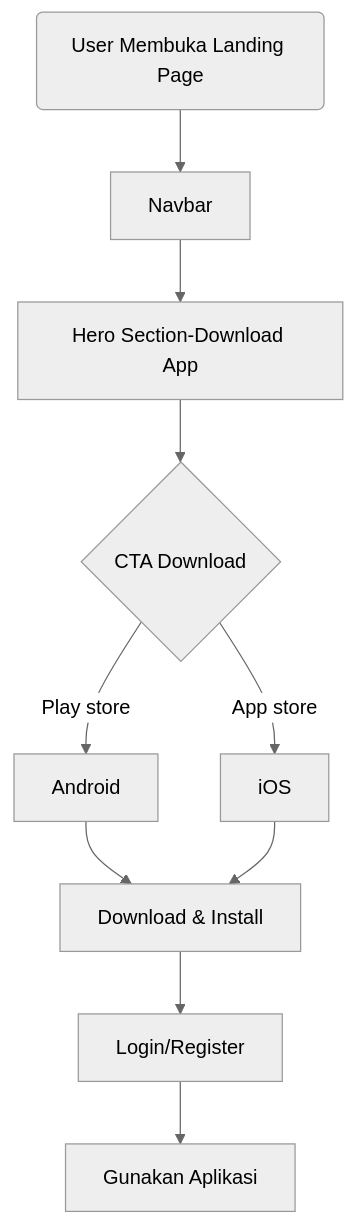
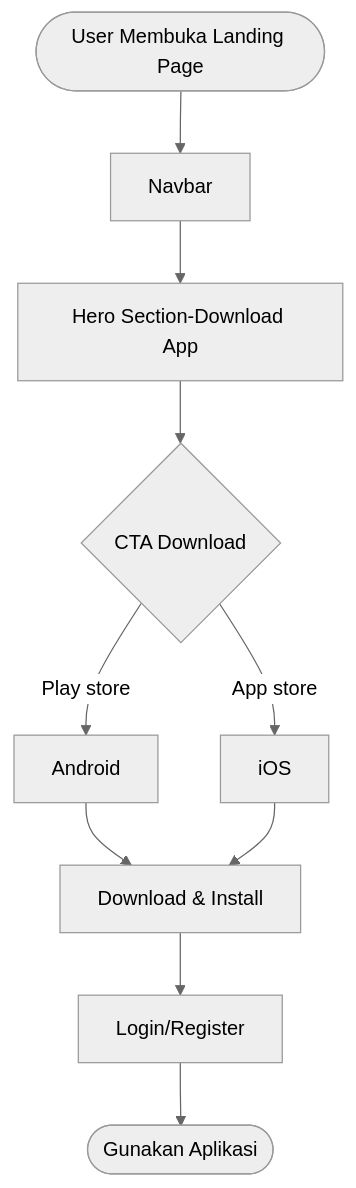
The second of 2 diagrams in README.md (acountcodm2704-blip/Flow-chart), drawn with Mermaid (neutral theme) before and after one commit. The commit also changed other lines of this file, not shown here.

Commit message:
Fix formatting of flowchart nodes in README

````diff
--- a/README.md
+++ b/README.md
@@ -45,14 +45,14 @@
 ```mermaid
 flowchart TD
-A(User Membuka Landing Page) --> B[Navbar]
+A([User Membuka Landing Page]) --> B[Navbar]
 B --> C[Hero Section-Download App]
 C --> D{CTA Download}
 D --> |Play store| E[Android] 
 D --> |App store| F[iOS]
 E --> G[Download & Install]
 F --> G
 G --> H[Login/Register]
-H --> I[Gunakan Aplikasi]
+H --> I([Gunakan Aplikasi])
 
 
 ```
````
